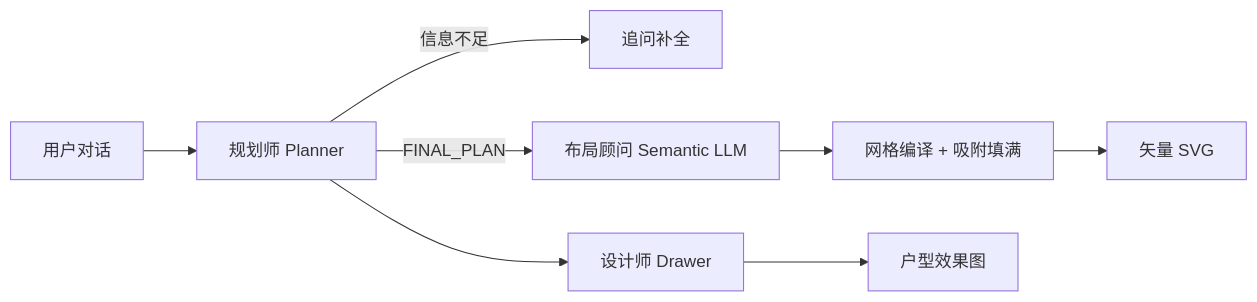
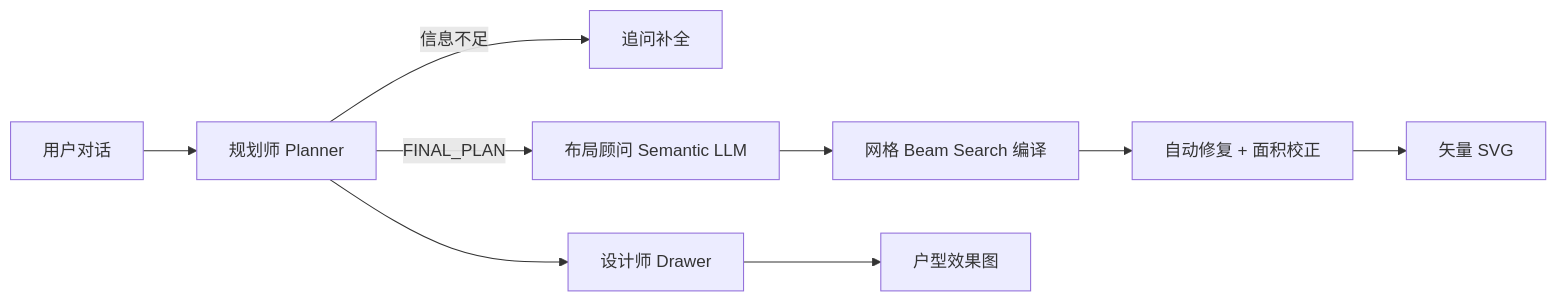
The diagram in README.md (Iceberg-cloud/FloorPlanWeaver), drawn with Mermaid before and after one commit. The commit also changed other lines of this file and 10 other files, not shown here.

````diff
--- a/README.md
+++ b/README.md
@@ -109,10 +113,11 @@
 ```mermaid
 flowchart LR
     U[用户对话] --> P[规划师 Planner]
     P -->|信息不足| Q[追问补全]
     P -->|FINAL_PLAN| L[布局顾问 Semantic LLM]
-    L --> C[网格编译 + 吸附填满]
-    C --> V[矢量 SVG]
+    L --> C[网格 Beam Search 编译]
+    C --> R[自动修复 + 面积校正]
+    R --> V[矢量 SVG]
     P --> D[设计师 Drawer]
     D --> I[户型效果图]
 ```
````
